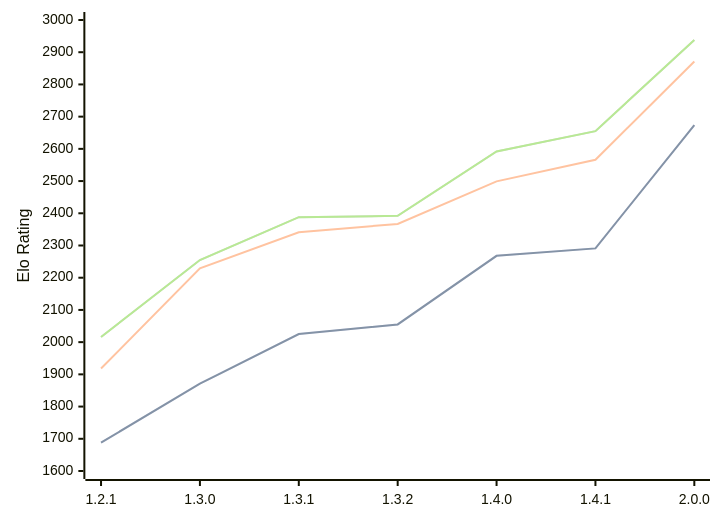
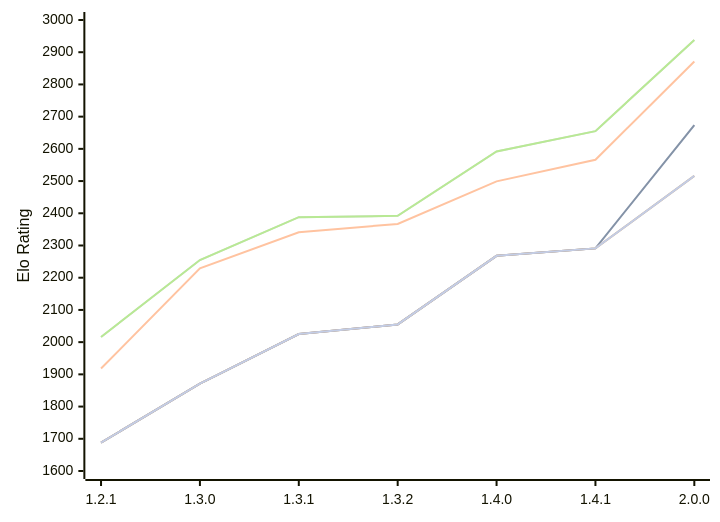
The diagram in engines/Chal.md (computer-chess-index/cci), drawn with Mermaid before and after one commit. The commit also changed other lines of this file, not shown here.

Commit message:
Update CCI Ratings (ELO VLTC) - 2026-10-11

````diff
--- a/engines/Chal.md
+++ b/engines/Chal.md
@@ -53,16 +53,13 @@
 ```mermaid
 %%{init: {"theme":"base","themeVariables":{"seriesColors:['#a3a3a3','#222221','#faa371']}}}%%
 xychart-beta
   x-axis ["1.2.1", "1.3.0", "1.3.1", "1.3.2", "1.4.0", "1.4.1", "2.0.0"]
   y-axis "Elo Rating" 1600 --> 3000
   line "" [1688, 1871, 2025, 2055, 2268, 2291, 2674]
   line "T1: STC (8.0+0.08s)" [1688, 1871, 2025, 2055, 2268, 2291, 2674]
   line "T1: LTC (60.0+0.60s)" [1918, 2229, 2341, 2367, 2499, 2566, 2871]
   line "" [2016, 2255, 2388, 2392, 2592, 2655, 2938]
   line "T1: VLTC (2m24s+1.12s)" [2016, 2255, 2388, 2392, 2592, 2655, 2938]
-  line "" [2506]
-  line "E1: STC (8.0+0.08s)" [2506]
-  line "E1: LTC (60.0+0.60s)" [2830]
-  line "" [2869]
-  line "E1: VLTC (2m24s+1.12s)" [2869]
+  line "" [1688, 1871, 2025, 2055, 2268, 2291,2516]
+  line "E1: STC (8.0+0.08s)" [1688, 1871, 2025, 2055, 2268, 2291,2516]
 ```
````
